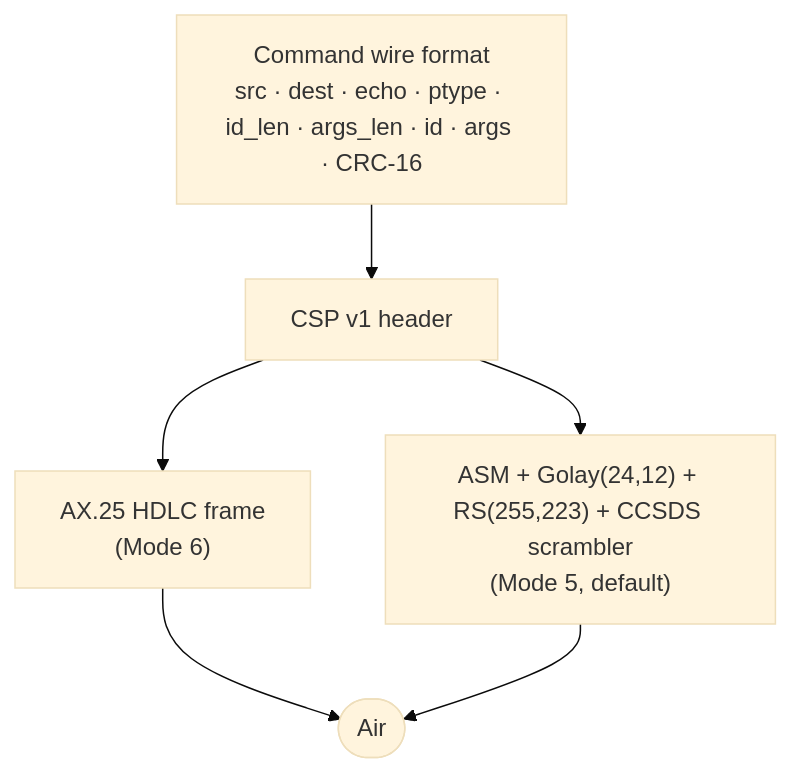
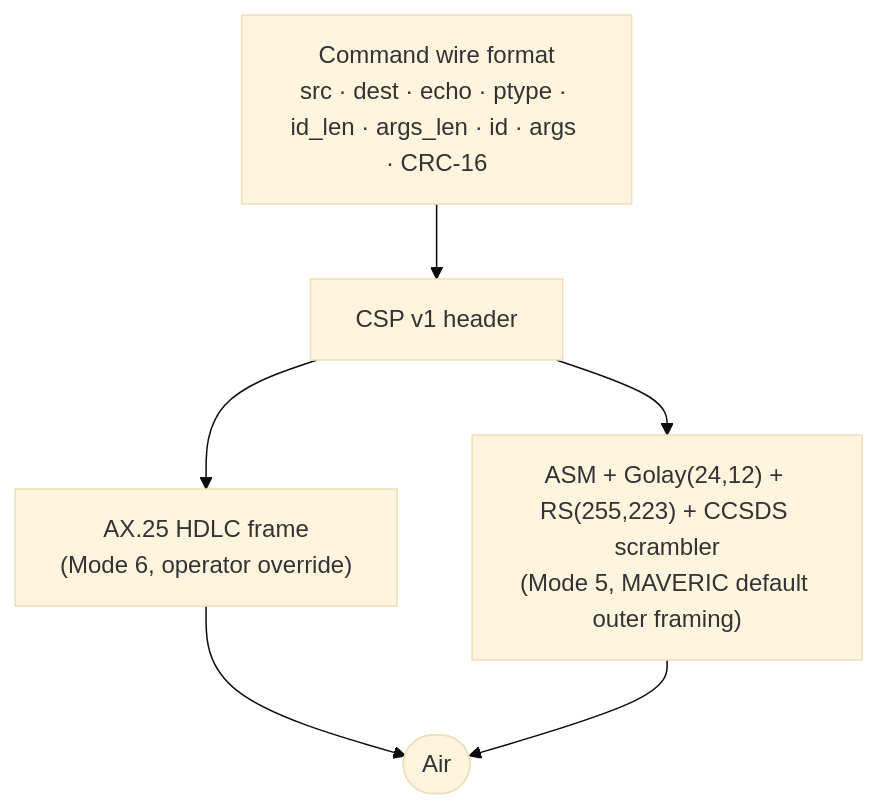
Before and after one commit to totesirfan/MAVERIC-GSS-CODE: the second of 2 diagrams in README.md, drawn with Mermaid (base theme). The commit also changed other lines of this file and 247 other files, not shown here.

First line of the commit message:
refactor: v6 platform-decoupled mission architecture

````diff
--- a/README.md
+++ b/README.md
@@ -196,8 +196,8 @@
 ```mermaid
 flowchart TB
     CMD["Command wire format<br/>src · dest · echo · ptype · id_len · args_len · id · args · CRC-16"] --> CSP["CSP v1 header"]
-    CSP --> AX["AX.25 HDLC frame<br/>(Mode 6)"]
-    CSP --> GLY["ASM + Golay(24,12) + RS(255,223) + CCSDS scrambler<br/>(Mode 5, default)"]
+    CSP --> GLY["ASM + Golay(24,12) + RS(255,223) + CCSDS scrambler<br/>(Mode 5, MAVERIC default outer framing)"]
+    CSP --> AX["AX.25 HDLC frame<br/>(Mode 6, operator override)"]
     AX --> RF([Air])
     GLY --> RF
 ```
````
